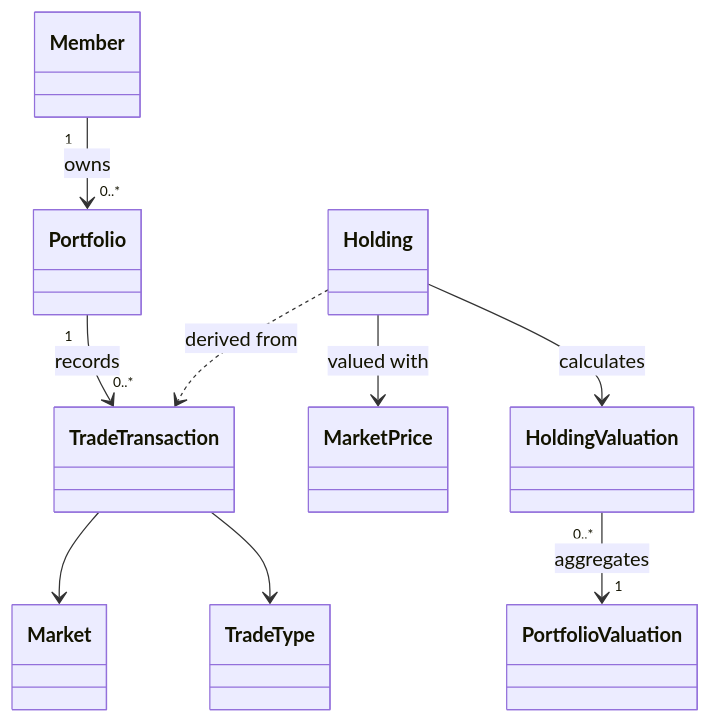
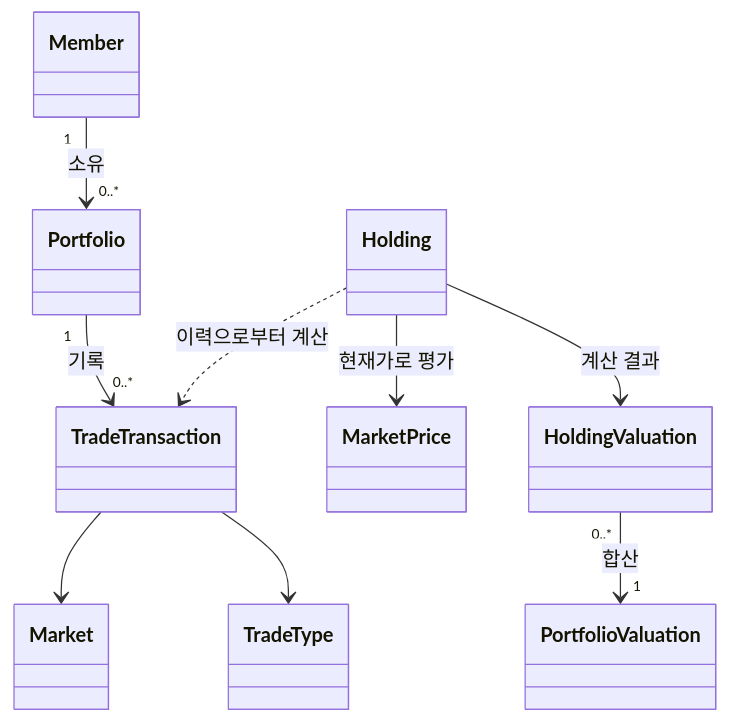
The diagram in README.md (twobeansdaddy-hue/trade-guide), drawn with Mermaid before and after one commit. The commit also changed other lines of this file and 3 other files, not shown here.

````diff
--- a/README.md
+++ b/README.md
@@ -62,11 +64,11 @@
 ```mermaid
 classDiagram
-    Member "1" --> "0..*" Portfolio : owns
-    Portfolio "1" --> "0..*" TradeTransaction : records
+    Member "1" --> "0..*" Portfolio : 소유
+    Portfolio "1" --> "0..*" TradeTransaction : 기록
     TradeTransaction --> Market
     TradeTransaction --> TradeType
-    Holding ..> TradeTransaction : derived from
-    Holding --> MarketPrice : valued with
-    Holding --> HoldingValuation : calculates
-    HoldingValuation "0..*" --> "1" PortfolioValuation : aggregates
+    Holding ..> TradeTransaction : 이력으로부터 계산
+    Holding --> MarketPrice : 현재가로 평가
+    Holding --> HoldingValuation : 계산 결과
+    HoldingValuation "0..*" --> "1" PortfolioValuation : 합산
 ```
````
